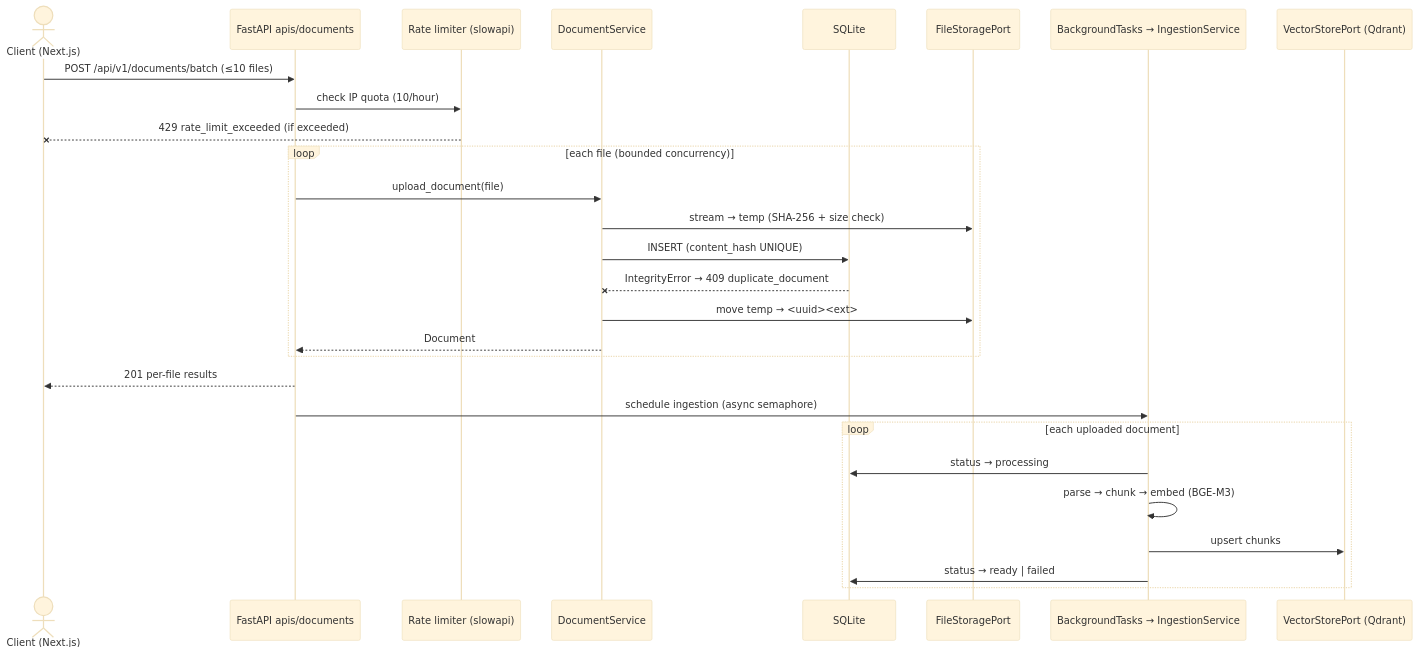
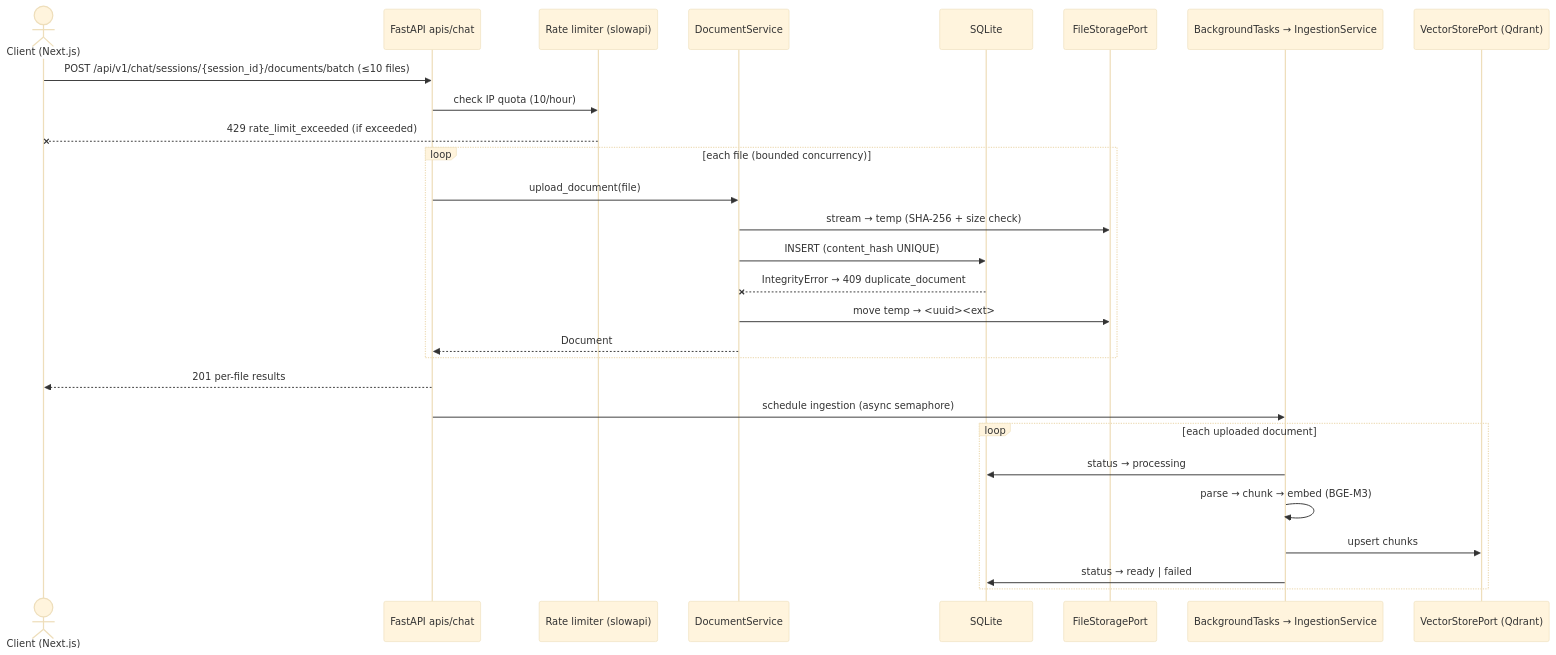
Before and after one commit to Abdelrhman941/MyRAG-Project: the first of 2 diagrams in docs/diagrams/api-interactions.md, drawn with Mermaid (base theme). The commit also changed other lines of this file and 28 other files, not shown here.

First line of the commit message:
refactor(backend): implement strict session-scoped documents (Stage 07b)

````diff
--- a/docs/diagrams/api-interactions.md
+++ b/docs/diagrams/api-interactions.md
@@ -9,31 +9,31 @@
 ```mermaid
 sequenceDiagram
     actor C as Client (Next.js)
-    participant API as FastAPI apis/documents
+    participant API as FastAPI apis/chat
     participant RL as Rate limiter (slowapi)
     participant SVC as DocumentService
     participant DB as SQLite
     participant FS as FileStoragePort
     participant BG as BackgroundTasks → IngestionService
     participant QD as VectorStorePort (Qdrant)
 
-    C->>API: POST /api/v1/documents/batch (≤10 files)
+    C->>API: POST /api/v1/chat/sessions/{session_id}/documents/batch (≤10 files)
     API->>RL: check IP quota (10/hour)
     RL--xC: 429 rate_limit_exceeded (if exceeded)
     loop each file (bounded concurrency)
         API->>SVC: upload_document(file)
         SVC->>FS: stream → temp (SHA-256 + size check)
         SVC->>DB: INSERT (content_hash UNIQUE)
         DB--xSVC: IntegrityError → 409 duplicate_document
         SVC->>FS: move temp → <uuid><ext>
         SVC-->>API: Document
     end
     API-->>C: 201 per-file results
     API->>BG: schedule ingestion (async semaphore)
     loop each uploaded document
         BG->>DB: status → processing
         BG->>BG: parse → chunk → embed (BGE-M3)
         BG->>QD: upsert chunks
         BG->>DB: status → ready | failed
     end
 ```
````
